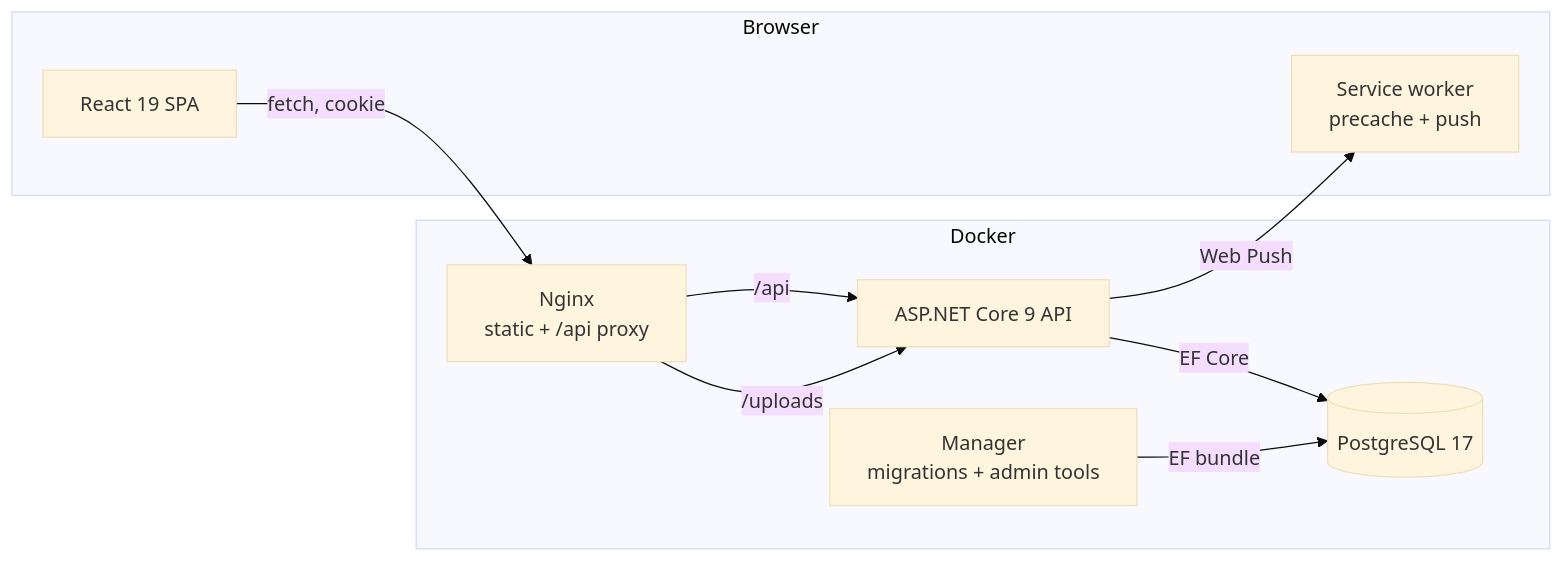
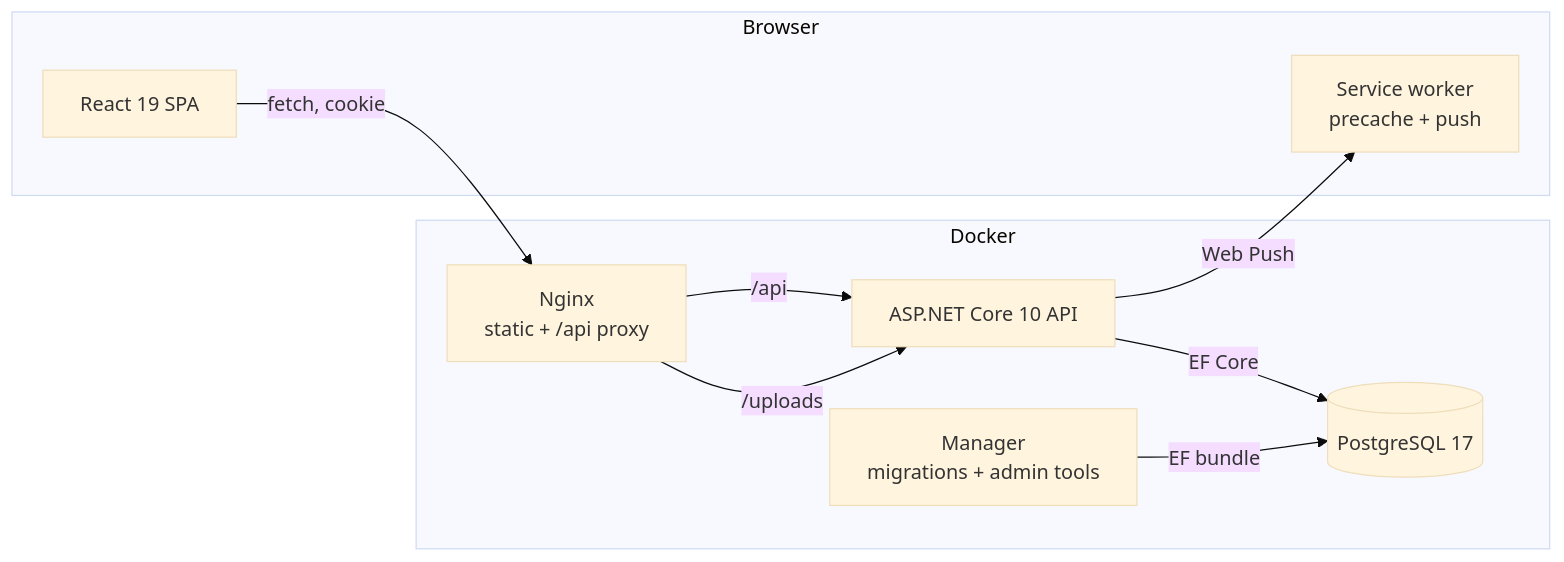
Before and after one commit to psampir/choruko: the diagram in docs/architecture.md, drawn with Mermaid (base theme). The commit also changed 21 other files, not shown here.

````diff
--- a/docs/architecture.md
+++ b/docs/architecture.md
@@ -8,21 +8,21 @@
 ```mermaid
 flowchart LR
     subgraph Browser
         SPA[React 19 SPA]
         SW[Service worker<br/>precache + push]
     end
 
     subgraph Docker
         N[Nginx<br/>static + /api proxy]
-        API[ASP.NET Core 9 API]
+        API[ASP.NET Core 10 API]
         MGR[Manager<br/>migrations + admin tools]
         DB[(PostgreSQL 17)]
     end
 
     SPA -->|fetch, cookie| N
     N -->|/api| API
     N -->|/uploads| API
     API -->|EF Core| DB
     MGR -->|EF bundle| DB
     API -->|Web Push| SW
 ```
````
